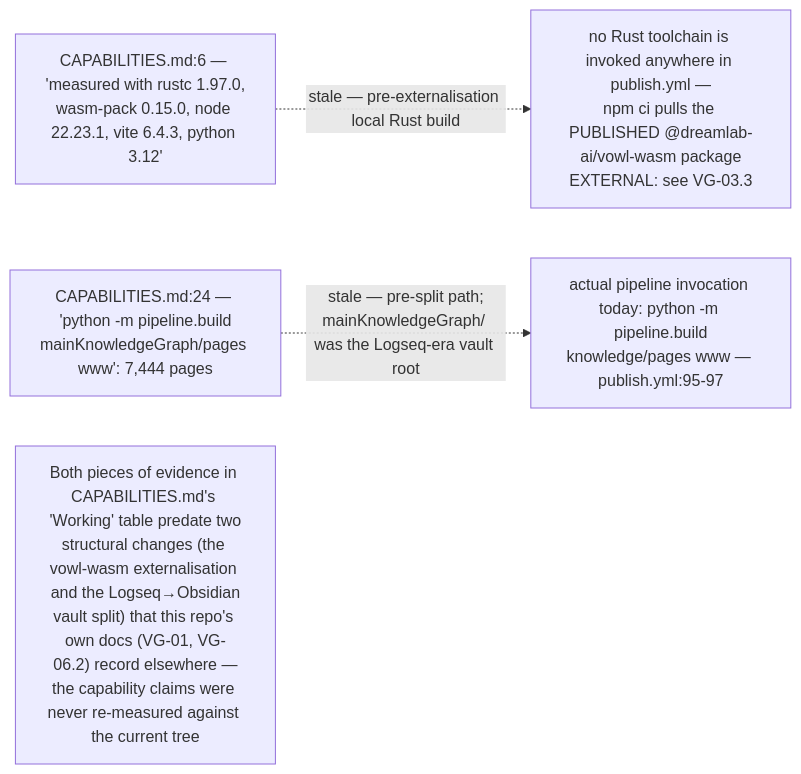
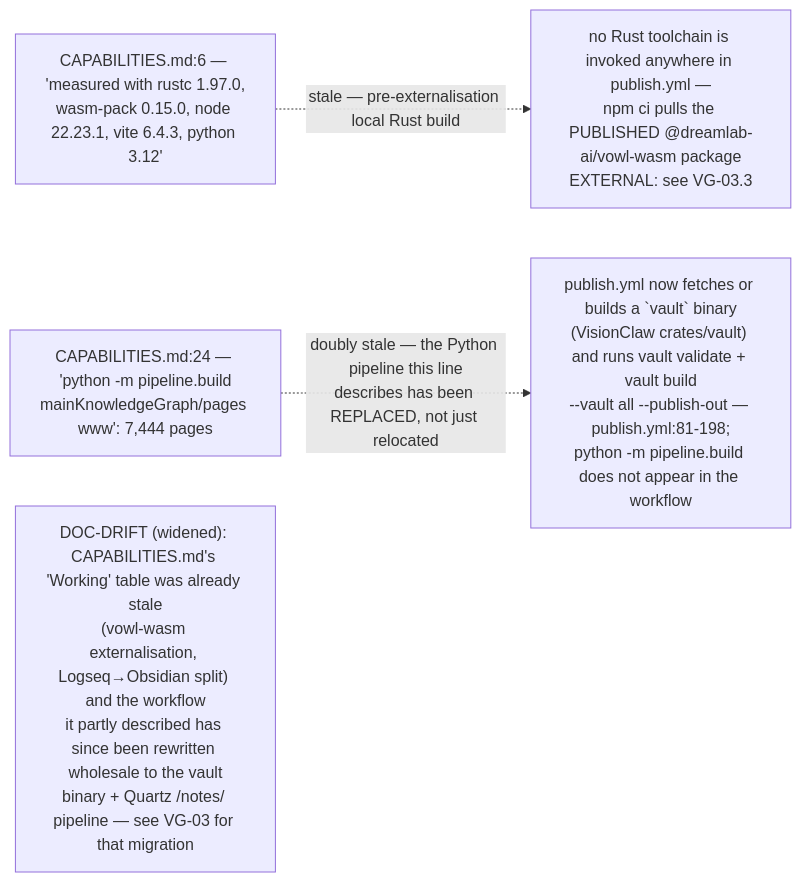
Before and after one commit to DreamLab-AI/VisionFlow: the third of 4 diagrams in docs/diagrams/visiongraph/06-shipping-explorer-duplication.md, drawn with Mermaid. The commit also changed other lines of this file and 136 other files, not shown here.

First line of the commit message:
docs(diagrams): refresh the whole corpus to code HEAD and prune low-value diagrams

````diff
--- a/docs/diagrams/visiongraph/06-shipping-explorer-duplication.md
+++ b/docs/diagrams/visiongraph/06-shipping-explorer-duplication.md
@@ -55,10 +58,10 @@
 ```mermaid
 flowchart LR
     TOOLCHAIN["CAPABILITIES.md:6 — 'measured with rustc 1.97.0,<br/>wasm-pack 0.15.0, node 22.23.1, vite 6.4.3, python 3.12'"]
     NOTOOL["no Rust toolchain is invoked anywhere in publish.yml —<br/>npm ci pulls the PUBLISHED @dreamlab-ai/vowl-wasm package<br/>EXTERNAL: see VG-03.3"]
     PIPEPATH["CAPABILITIES.md:24 — 'python -m pipeline.build<br/>mainKnowledgeGraph/pages www': 7,444 pages"]
-    REALPATH["actual pipeline invocation today: python -m pipeline.build<br/>knowledge/pages www — publish.yml:95-97"]
+    REALPATH["publish.yml now fetches or builds a `vault` binary<br/>#40;VisionClaw crates/vault#41; and runs vault validate + vault build<br/>--vault all --publish-out — publish.yml:81-198;<br/>python -m pipeline.build does not appear in the workflow"]
     TOOLCHAIN -.->|"stale — pre-externalisation local Rust build"| NOTOOL
-    PIPEPATH -.->|"stale — pre-split path;<br/>mainKnowledgeGraph/ was the Logseq-era vault root"| REALPATH
-    note1["Both pieces of evidence in CAPABILITIES.md's 'Working' table predate two<br/>structural changes #40;the vowl-wasm externalisation and the Logseq→Obsidian<br/>vault split#41; that this repo's own docs #40;VG-01, VG-06.2#41; record elsewhere —<br/>the capability claims were never re-measured against the current tree"]
+    PIPEPATH -.->|"doubly stale — the Python pipeline this line<br/>describes has been REPLACED, not just relocated"| REALPATH
+    note1["DOC-DRIFT #40;widened#41;: CAPABILITIES.md's 'Working' table was already stale<br/>#40;vowl-wasm externalisation, Logseq→Obsidian split#41; and the workflow<br/>it partly described has since been rewritten wholesale to the vault<br/>binary + Quartz #47;notes#47; pipeline — see VG-03 for that migration"]
 ```
````
